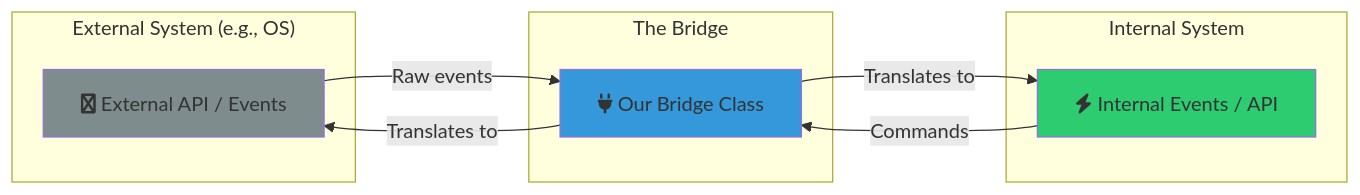
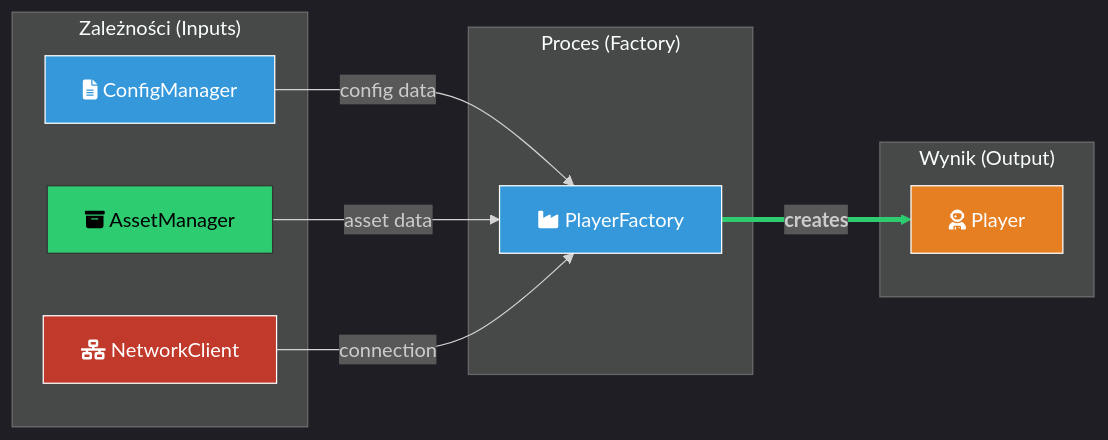
Before and after one commit to lukaszj321/otcv8-dev: diagram 20 of 58 in docs/authoring/_instructions/diagram_system/03_DESIGN_PATTERNS.md, drawn with Mermaid. The commit also changed other lines of this file, not shown here.

````diff
--- a/docs/authoring/_instructions/diagram_system/03_DESIGN_PATTERNS.md
+++ b/docs/authoring/_instructions/diagram_system/03_DESIGN_PATTERNS.md
@@ -138,23 +904,39 @@
-    ```mermaid
-    graph LR
-        classDef external fill:#7f8c8d
-        classDef bridge fill:#3498db
-        classDef internal fill:#2ecc71
+```mermaid
+%%{init: {'theme': 'dark'}}%%
+graph LR
+    %% Pełna definicja stylów, w tym brakujący netsec
+    classDef game fill:#e67e22,stroke:#fff,color:#fff;
+    classDef core fill:#3498db,stroke:#fff,color:#fff;
+    classDef subsystem fill:#2ecc71,stroke:#333,color:#000;
+    classDef netsec fill:#c0392b,stroke:#fff,color:#fff;
 
-        subgraph "External System (e.g., OS)"
-            ExternalAPI["fa:fa-windows External API / Events"]:::external
-        end
+    %% Zależności po lewej stronie
+    subgraph "Zależności (Inputs)"
+        Config["fa:fa-file-alt ConfigManager"]:::core;
+        Assets["fa:fa-archive AssetManager"]:::subsystem;
+        Network["fa:fa-network-wired NetworkClient"]:::netsec;
+    end
 
-        subgraph "The Bridge"
-            Bridge["fa:fa-plug Our Bridge Class"]:::bridge
-        end
+    %% Proces w środku
+    subgraph "Proces (Factory)"
+        Factory["fa:fa-industry PlayerFactory"]:::core;
+    end
 
-        subgraph "Internal System"
-            InternalAPI["fa:fa-bolt Internal Events / API"]:::internal
-        end
+    %% Wynik po prawej stronie
+    subgraph "Wynik (Output)"
+        Player["fa:fa-user-astronaut Player"]:::game;
+    end
 
-        ExternalAPI -- "Raw events" --> Bridge
-        Bridge -- "Translates to" --> InternalAPI
-        InternalAPI -- "Commands" --> Bridge
-        Bridge -- "Translates to" --> ExternalAPI
-    ```
+    %% --- Definicje Relacji ---
+    %% Zależności "wpływają" do fabryki
+    Config -- "config data" --> Factory;
+    Assets -- "asset data" --> Factory;
+    Network -- "connection" --> Factory;
+    
+    %% Fabryka "tworzy" produkt
+    Factory -- "<strong>creates</strong>" --> Player;
+
+    %% --- Stylizacja Linii ---
+    %% Podkreślenie kluczowej relacji "creates"
+    linkStyle 3 stroke:#2ecc71,stroke-width:4px;
+```
````
